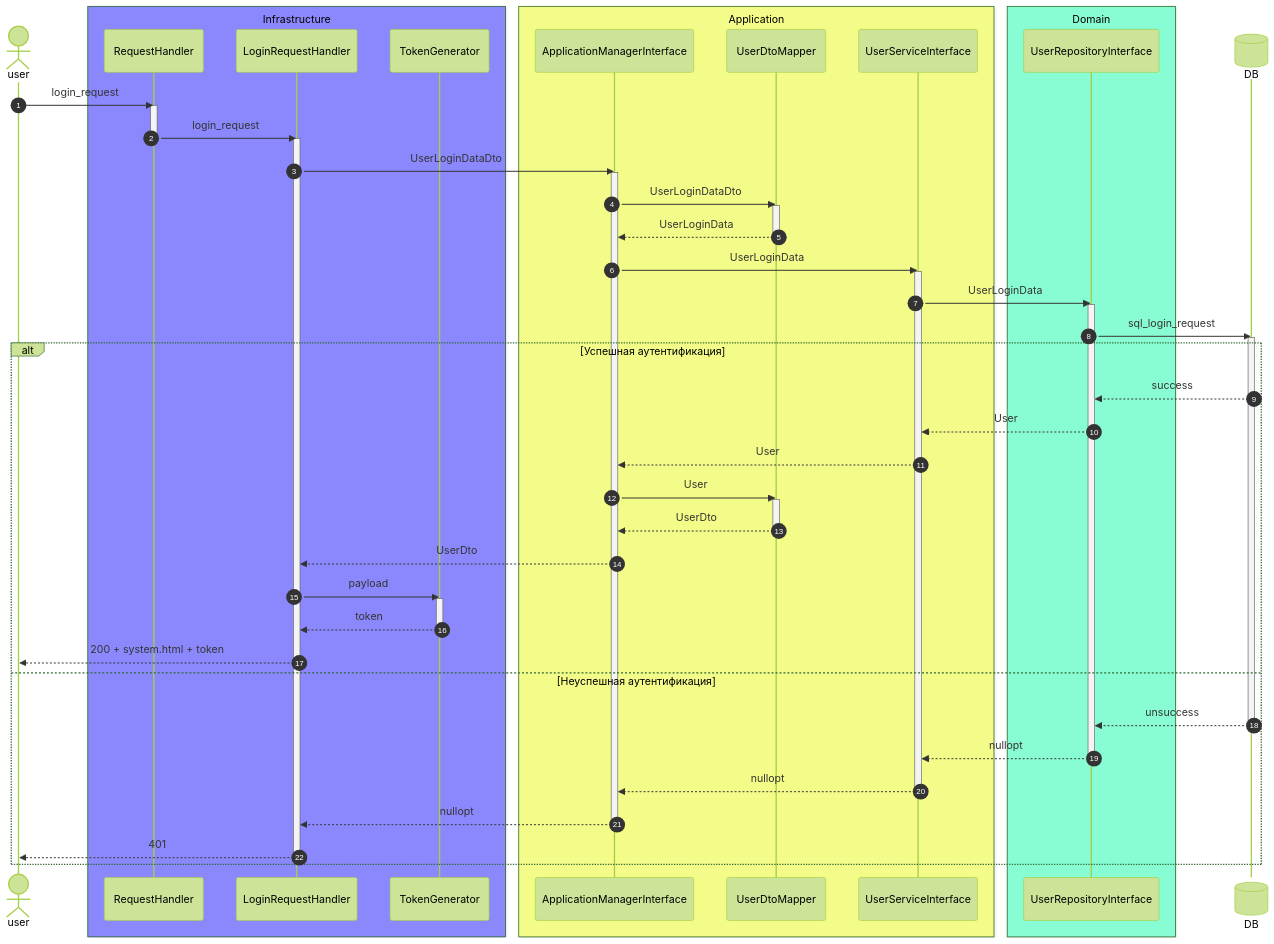
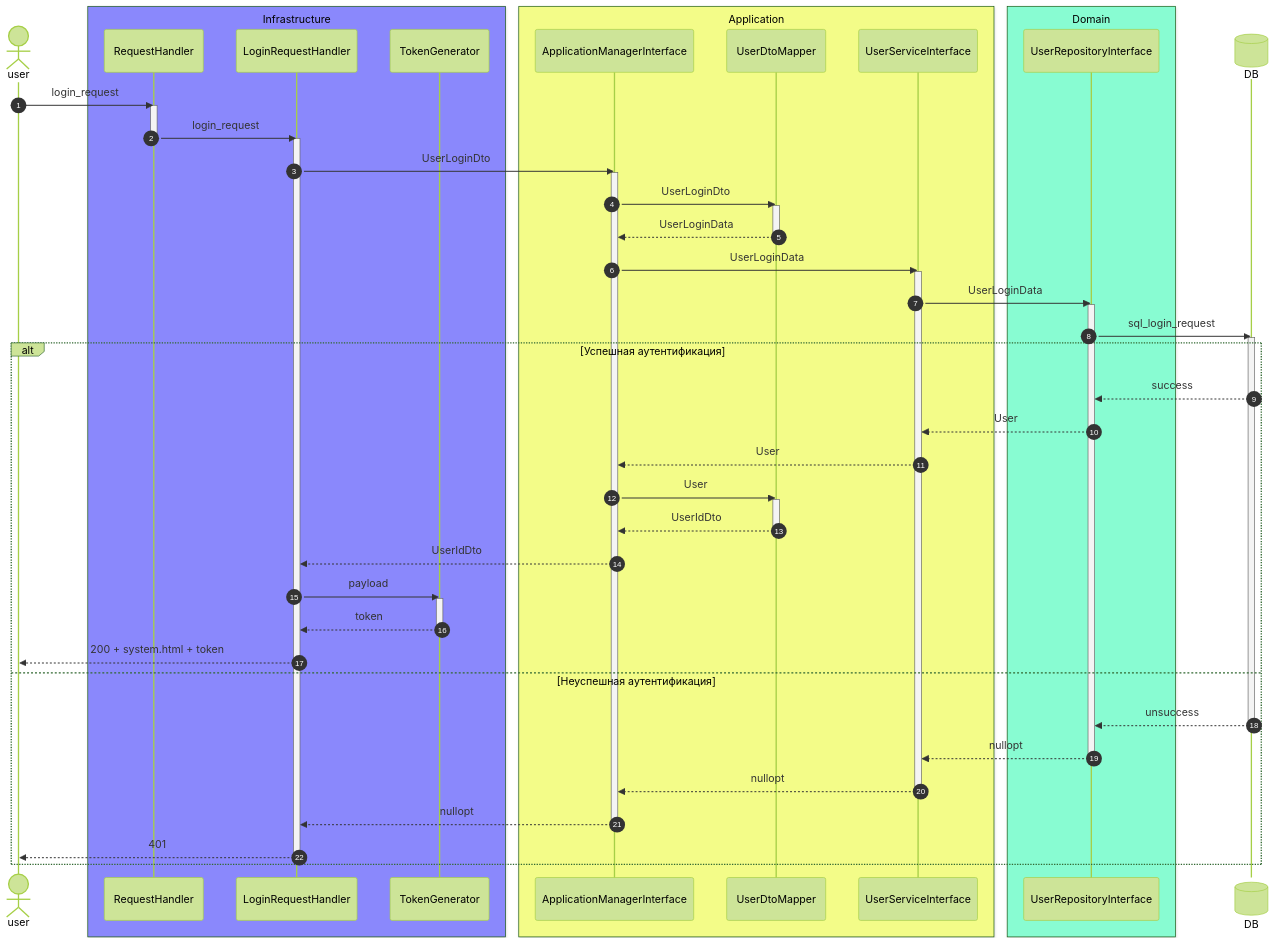
Diagram 12 of 14 in README.md (DRUsmanov/the_system_project), drawn with Mermaid (forest theme) before and after one commit. The commit also changed other lines of this file, not shown here.

```diff
--- a/README.md
+++ b/README.md
@@ -452,10 +452,10 @@
 deactivate RequestHandler
 
 activate LoginRequestHandler
-LoginRequestHandler ->> ApplicationManagerInterface: UserLoginDataDto
+LoginRequestHandler ->> ApplicationManagerInterface: UserLoginDto
 
 activate ApplicationManagerInterface
-ApplicationManagerInterface ->> UserDtoMapper: UserLoginDataDto
+ApplicationManagerInterface ->> UserDtoMapper: UserLoginDto
 
 activate UserDtoMapper
 UserDtoMapper -->> ApplicationManagerInterface: UserLoginData
@@ -479,10 +479,10 @@
 ApplicationManagerInterface ->> UserDtoMapper: User
 
 activate UserDtoMapper
-UserDtoMapper -->> ApplicationManagerInterface: UserDto
+UserDtoMapper -->> ApplicationManagerInterface: UserIdDto
 deactivate UserDtoMapper
 
-ApplicationManagerInterface -->> LoginRequestHandler: UserDto
+ApplicationManagerInterface -->> LoginRequestHandler: UserIdDto
 LoginRequestHandler ->> TokenGenerator: payload
 
 activate TokenGenerator
```
